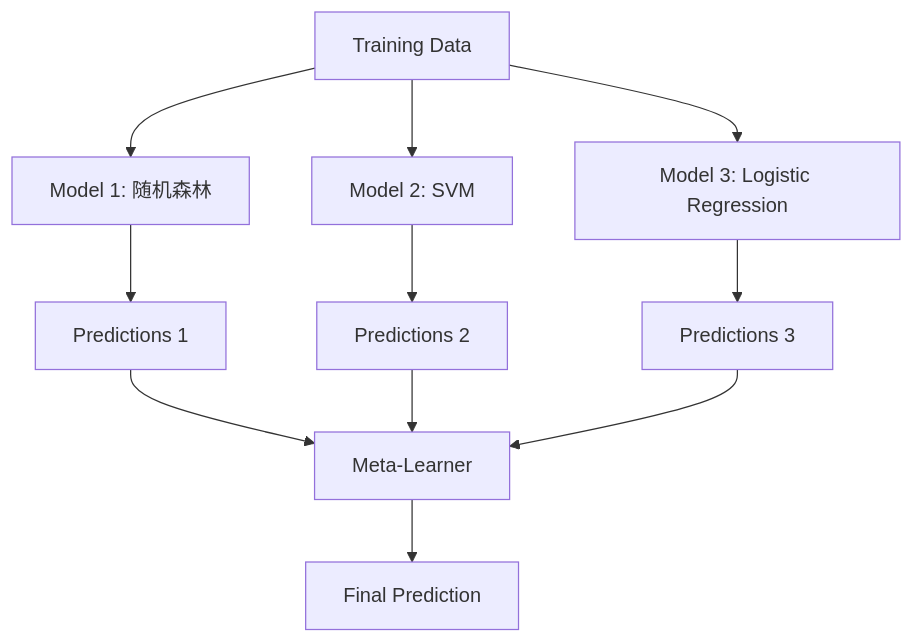
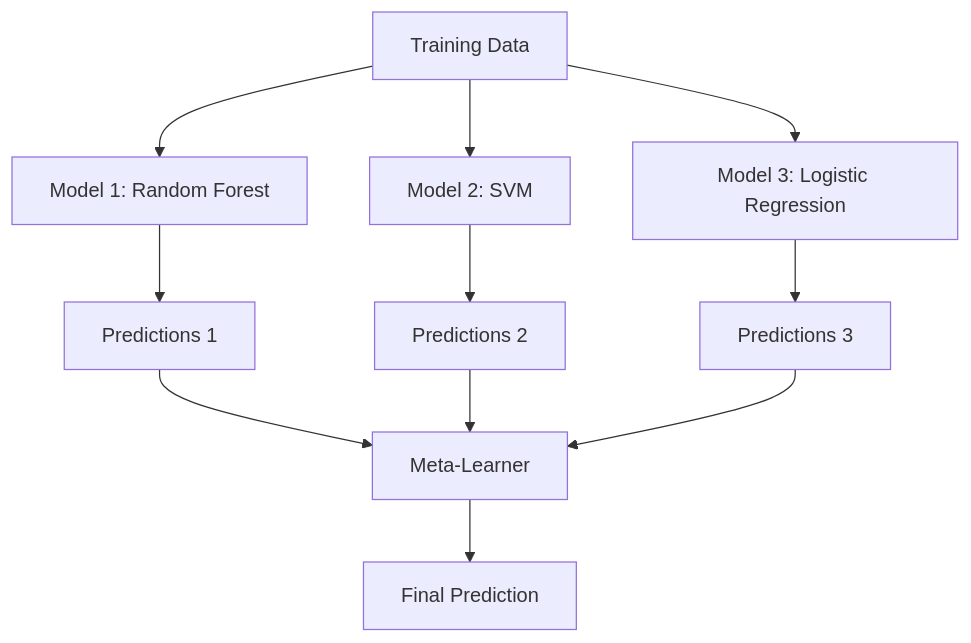
One commit to arwei944/ai-engineering-from-scratch changed the third of 3 diagrams in phases/02-ml-fundamentals/11-ensemble-methods/docs/zh.md. Above: the diagram before and after it, drawn with Mermaid. The commit also changed other lines of this file and 65 other files, not shown here.

````diff
--- a/phases/02-ml-fundamentals/11-ensemble-methods/docs/zh.md
+++ b/phases/02-ml-fundamentals/11-ensemble-methods/docs/zh.md
@@ -156,16 +156,16 @@
 ```mermaid
 flowchart TD
-    D[Training Data] --> M1[Model 1: 随机森林]
+    D[Training Data] --> M1[Model 1: Random Forest]
     D --> M2[Model 2: SVM]
     D --> M3[Model 3: Logistic Regression]
 
     M1 --> P1[Predictions 1]
     M2 --> P2[Predictions 2]
     M3 --> P3[Predictions 3]
 
     P1 --> META[Meta-Learner]
     P2 --> META
     P3 --> META
 
     META --> F[Final Prediction]
 ```
````
